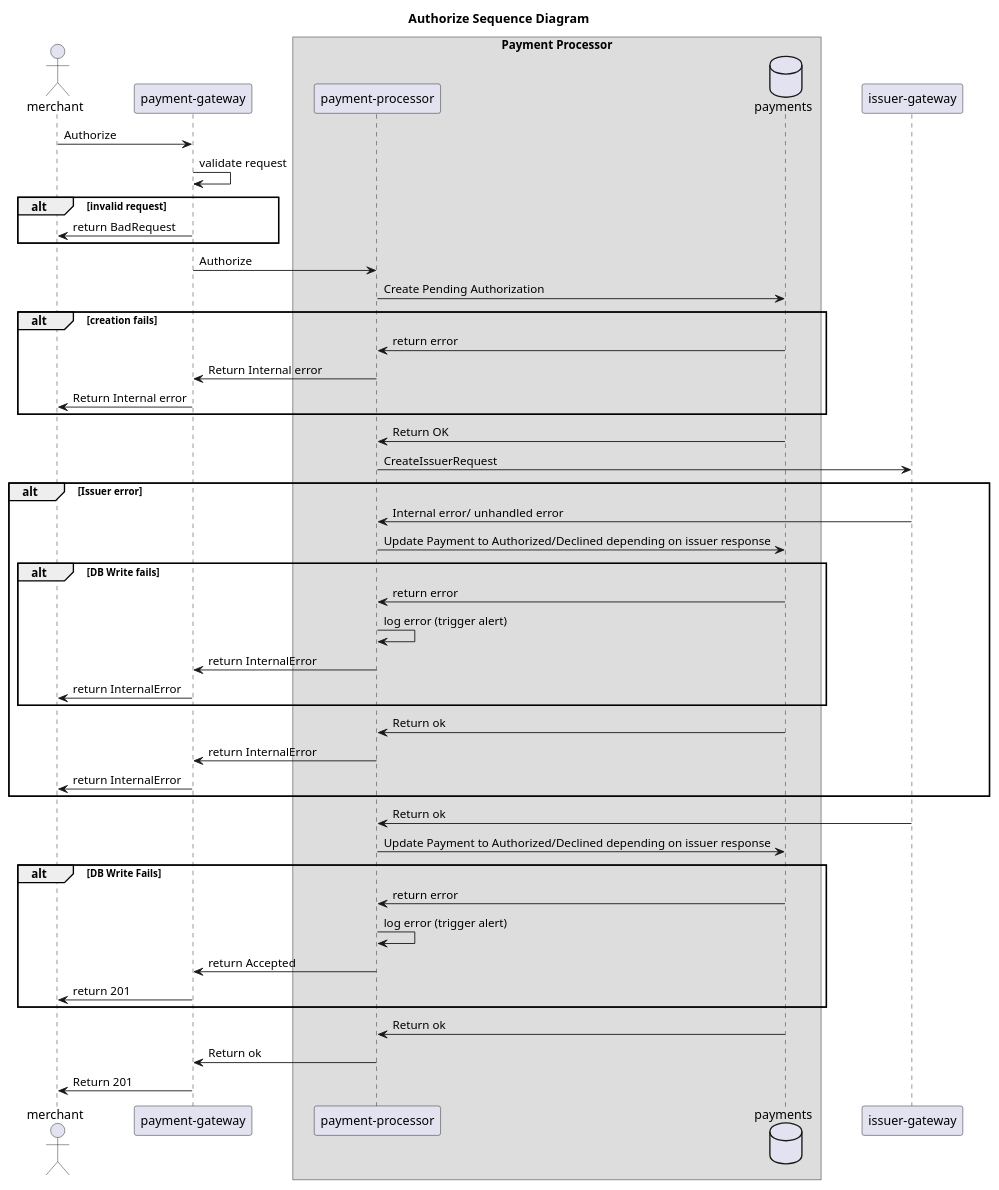
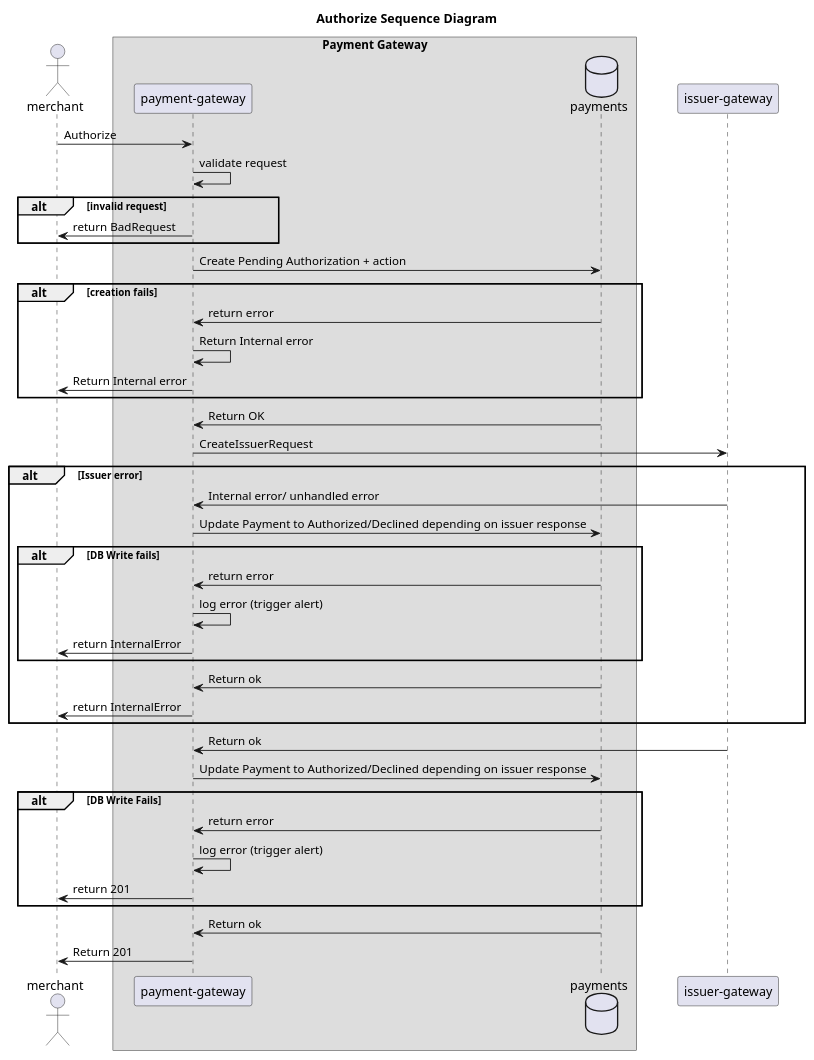
One commit to jacktantram/payment-api changed the diagram in docs/payments/sequence-diagrams/authorize-sequence.puml. Above: the diagram before and after it, drawn with PlantUML. The commit also changed 5 other files, not shown here.

```diff
--- a/docs/payments/sequence-diagrams/authorize-sequence.puml
+++ b/docs/payments/sequence-diagrams/authorize-sequence.puml
@@ -1,54 +1,48 @@
 @startuml
 Title Authorize Sequence Diagram
 
 skinparam ParticipantPadding 20
 skinparam BoxPadding 20
 actor merchant
 
+
+box "Payment Gateway"
 participant paymentGateway as "payment-gateway"
-
-box "Payment Processor"
-participant paymentProcessor as "payment-processor"
 database payments as paymentsDB
 end box
 participant issuerGateway as "issuer-gateway"
 
 merchant-> paymentGateway: Authorize
 paymentGateway->paymentGateway: validate request
 alt invalid request
 paymentGateway->merchant: return BadRequest
 end alt
-paymentGateway-> paymentProcessor: Authorize
-paymentProcessor->paymentsDB: Create Pending Authorization
+paymentGateway->paymentsDB: Create Pending Authorization + action
 alt creation fails
-paymentProcessor<-paymentsDB: return error
-paymentProcessor->paymentGateway: Return Internal error
+paymentGateway<-paymentsDB: return error
+paymentGateway->paymentGateway: Return Internal error
 paymentGateway->merchant: Return Internal error
 end alt
-paymentProcessor<-paymentsDB: Return OK
-paymentProcessor-> issuerGateway: CreateIssuerRequest
+paymentGateway<-paymentsDB: Return OK
+paymentGateway-> issuerGateway: CreateIssuerRequest
 alt Issuer error
-paymentProcessor<-issuerGateway: Internal error/ unhandled error
-paymentProcessor->paymentsDB: Update Payment to Authorized/Declined depending on issuer response
+paymentGateway<-issuerGateway: Internal error/ unhandled error
+paymentGateway->paymentsDB: Update Payment to Authorized/Declined depending on issuer response
 alt DB Write fails
-paymentProcessor<-paymentsDB: return error
-paymentProcessor->paymentProcessor: log error (trigger alert)
-paymentGateway<-paymentProcessor: return InternalError
+paymentGateway<-paymentsDB: return error
+paymentGateway->paymentGateway: log error (trigger alert)
 paymentGateway->merchant: return InternalError
 end alt
-paymentProcessor<-paymentsDB: Return ok
-paymentGateway<-paymentProcessor: return InternalError
+paymentGateway<-paymentsDB: Return ok
 paymentGateway->merchant: return InternalError
 end alt
-paymentProcessor<-issuerGateway: Return ok
-paymentProcessor->paymentsDB: Update Payment to Authorized/Declined depending on issuer response
+paymentGateway<-issuerGateway: Return ok
+paymentGateway->paymentsDB: Update Payment to Authorized/Declined depending on issuer response
 alt DB Write Fails
-paymentProcessor<-paymentsDB: return error
-paymentProcessor->paymentProcessor: log error (trigger alert)
-paymentGateway<-paymentProcessor: return Accepted
+paymentGateway<-paymentsDB: return error
+paymentGateway->paymentGateway: log error (trigger alert)
 paymentGateway->merchant: return 201
 end alt
-paymentProcessor<-paymentsDB: Return ok
-paymentGateway<-paymentProcessor: Return ok
+paymentGateway<-paymentsDB: Return ok
 paymentGateway->merchant: Return 201
 @enduml
```
